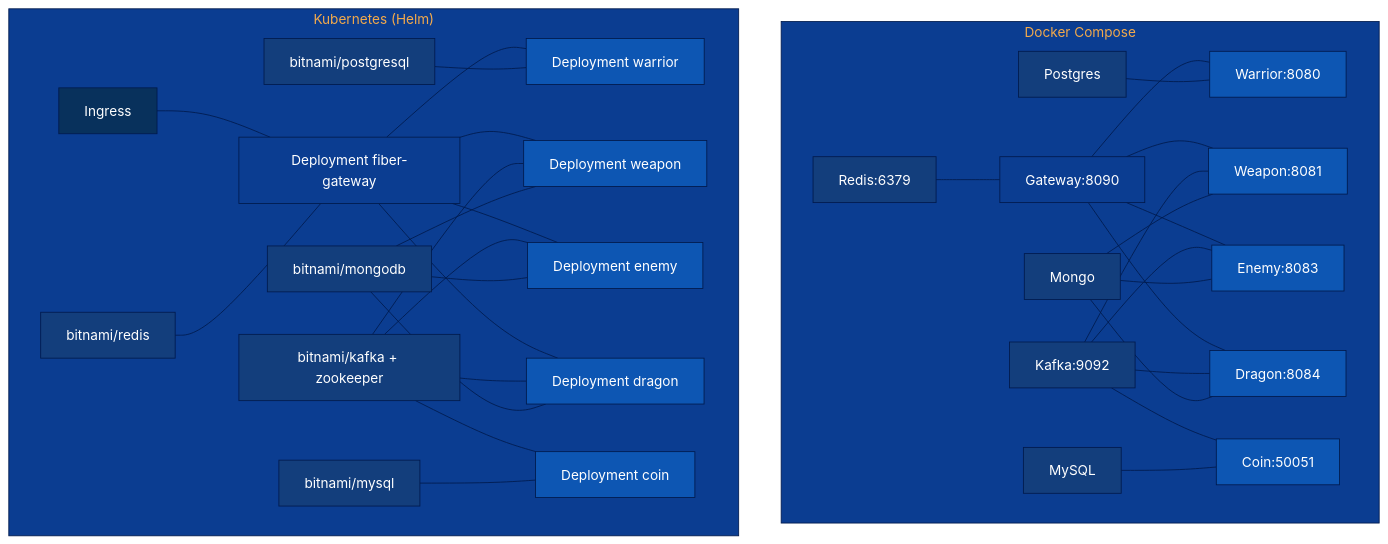
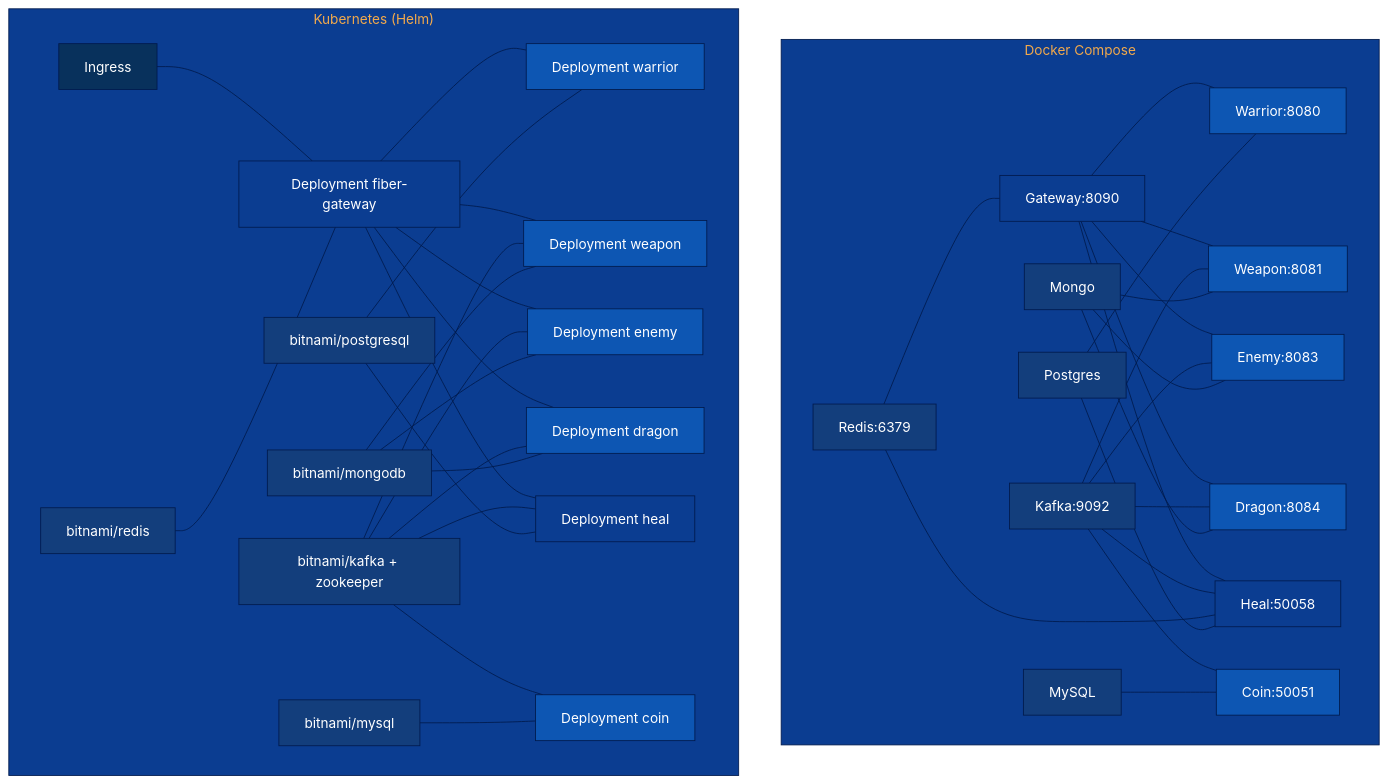
The seventh of 29 diagrams in README.md (tiraten-bot/network-sec-micro), drawn with Mermaid before and after one commit.

Commit message:
Update README.md to include heal service in architecture diagram

```diff
--- a/README.md
+++ b/README.md
@@ -414,6 +414,7 @@
         DCE[Enemy:8083]
         DCD[Dragon:8084]
         DCC[Coin:50051]
+        DCH[Heal:50058]
         DCK[Kafka:9092]
         DCR[Redis:6379]
         DCPG[Postgres]
@@ -428,6 +429,7 @@
         KSE[Deployment enemy]
         KSD[Deployment dragon]
         KSC[Deployment coin]
+        KSH[Deployment heal]
         KSR[bitnami/redis]
         KSK[bitnami/kafka + zookeeper]
         KSPG[bitnami/postgresql]
@@ -436,18 +438,18 @@
         ING[Ingress]
     end
 
-    DCGW --- DCW & DCWP & DCE & DCD
-    DCK --- DCWP & DCE & DCD & DCC
-    DCR --- DCGW
-    DCPG --- DCW
+    DCGW --- DCW & DCWP & DCE & DCD & DCH
+    DCK --- DCWP & DCE & DCD & DCC & DCH
+    DCR --- DCGW & DCH
+    DCPG --- DCW & DCH
     DCMG --- DCWP & DCE & DCD
     DCMY --- DCC
 
     ING --- KSGW
-    KSGW --- KSW & KSWP & KSE & KSD
-    KSK --- KSWP & KSE & KSD & KSC
+    KSGW --- KSW & KSWP & KSE & KSD & KSH
+    KSK --- KSWP & KSE & KSD & KSC & KSH
     KSR --- KSGW
-    KSPG --- KSW
+    KSPG --- KSW & KSH
     KSMG --- KSWP & KSE & KSD
     KSMY --- KSC
 
```
